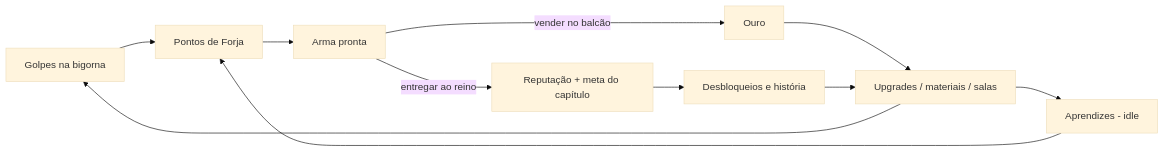
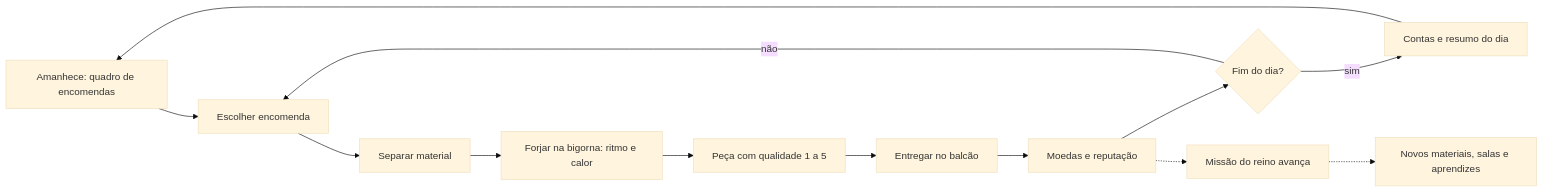
The diagram in docs/GDD.md (GabrielPerrota/Anvil_clicker), drawn with Mermaid (base theme) before and after one commit. The commit also changed other lines of this file and 2 other files, not shown here.

````diff
--- a/docs/GDD.md
+++ b/docs/GDD.md
@@ -26,13 +28,15 @@
 ```mermaid
 flowchart LR
-    C[Golpes na bigorna] --> PF[Pontos de Forja]
-    A[Aprendizes - idle] --> PF
-    PF --> W[Arma pronta]
-    W -->|vender no balcão| G[Ouro]
-    W -->|entregar ao reino| R[Reputação + meta do capítulo]
-    G --> U[Upgrades / materiais / salas]
-    U --> C
-    U --> A
-    R --> D[Desbloqueios e história]
-    D --> U
+    A[Amanhece: quadro de encomendas] --> B[Escolher encomenda]
+    B --> C[Separar material]
+    C --> D[Forjar na bigorna: ritmo e calor]
+    D --> E[Peça com qualidade 1 a 5]
+    E --> F[Entregar no balcão]
+    F --> G[Moedas e reputação]
+    G --> H{Fim do dia?}
+    H -->|não| B
+    H -->|sim| I[Contas e resumo do dia]
+    I --> A
+    G -.-> J[Missão do reino avança]
+    J -.-> K[Novos materiais, salas e aprendizes]
 ```
````
